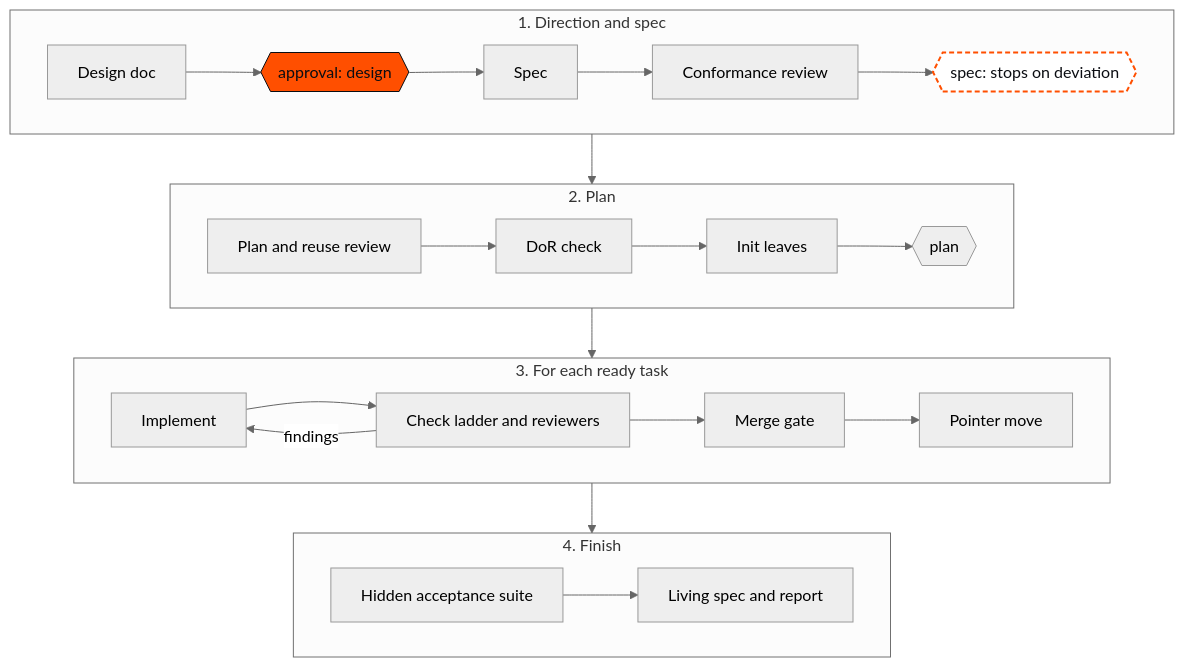
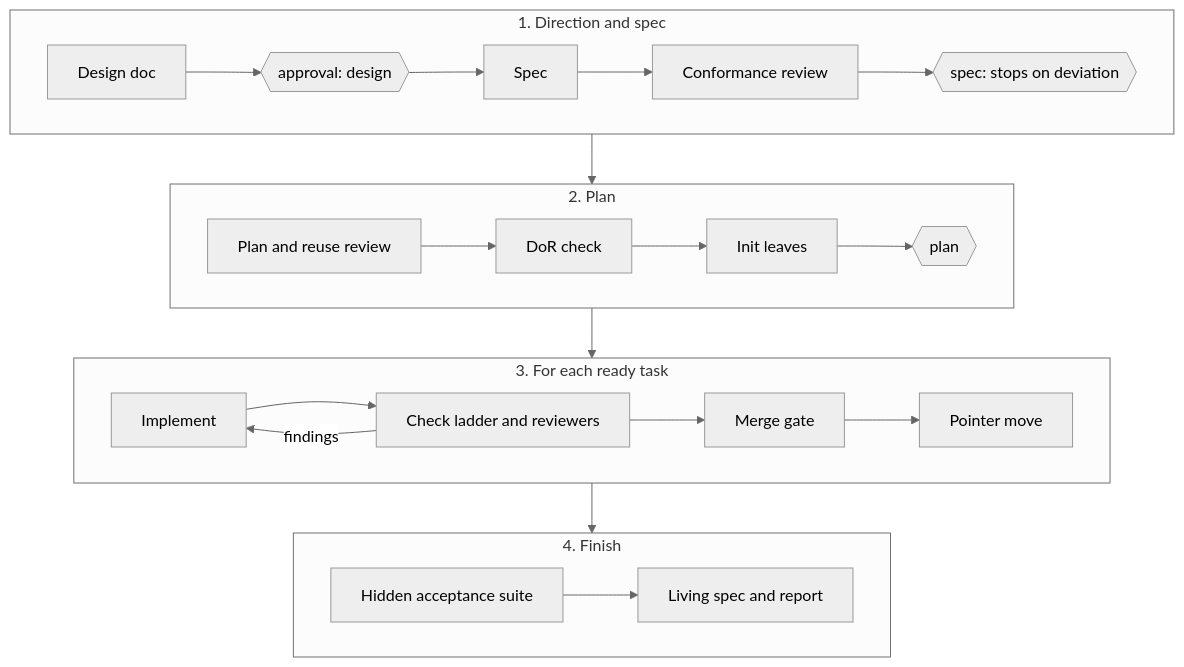
The diagram in docs/assets/diagrams/web-realm-graph.mmd (ouroboric-dev/yggdrasil), drawn with Mermaid (neutral theme) before and after one commit. The commit also changed 24 other files, not shown here.

First line of the commit message:
docs(diagrams): token palette and Inter, light and dark renders (#2)

```diff
--- a/docs/assets/diagrams/web-realm-graph.mmd
+++ b/docs/assets/diagrams/web-realm-graph.mmd
@@ -1,24 +1,22 @@
 flowchart TB
   subgraph DIRS["1. Direction and spec"]
     direction LR
     D[Design doc] --> GD{{approval: design}} --> S[Spec] --> CR[Conformance review] --> GS{{spec: stops on deviation}}
   end
   subgraph PLAN["2. Plan"]
     direction LR
     P[Plan and reuse review] --> DOR[DoR check] --> I[Init leaves] --> GP{{plan}}
   end
   subgraph LOOP["3. For each ready task"]
     direction LR
     IM[Implement] --> LAD[Check ladder and reviewers]
     LAD -- "findings" --> IM
     LAD --> MG[Merge gate] --> PM[Pointer move]
   end
   subgraph FIN["4. Finish"]
     direction LR
     H[Hidden acceptance suite] --> R[Living spec and report]
   end
   DIRS --> PLAN --> LOOP --> FIN
-  classDef gate fill:#FF4F00,color:#0B0D12,stroke:#0B0D12
-  classDef cond fill:#FFFFFF,color:#0B0D12,stroke:#FF4F00,stroke-width:2px,stroke-dasharray:5 3
   class GD gate
   class GS cond
```
